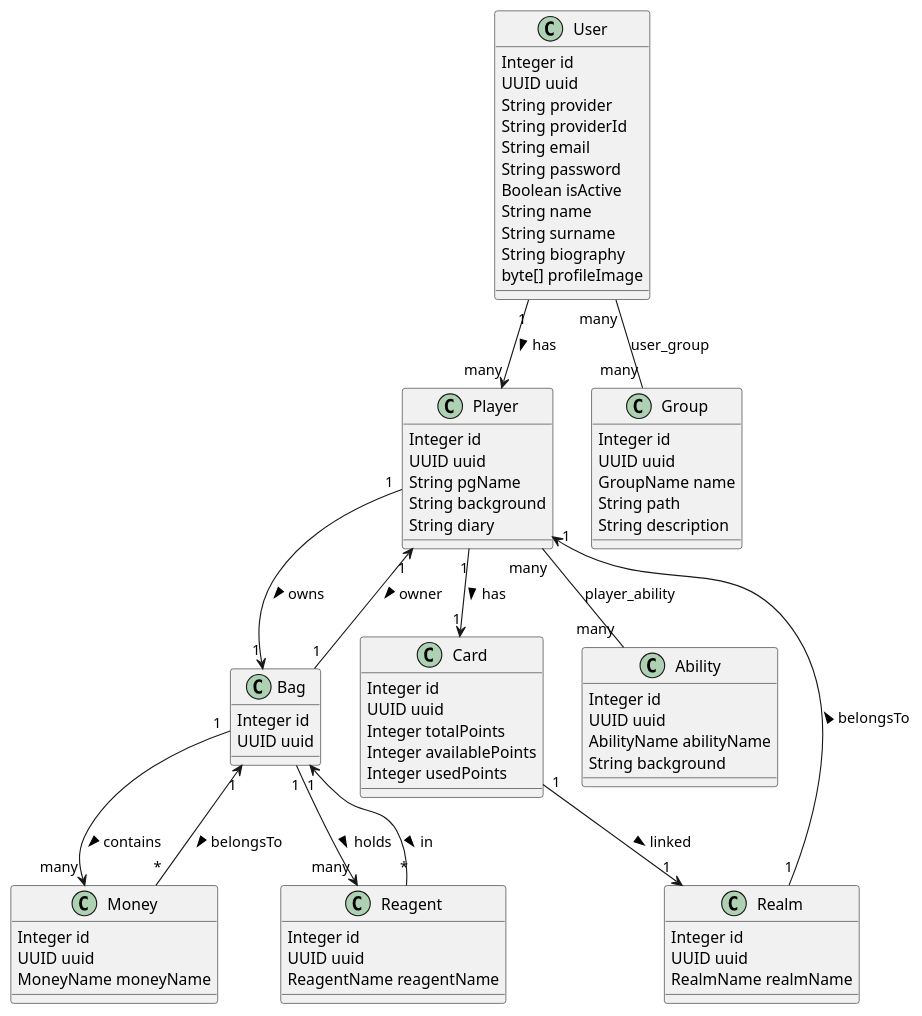
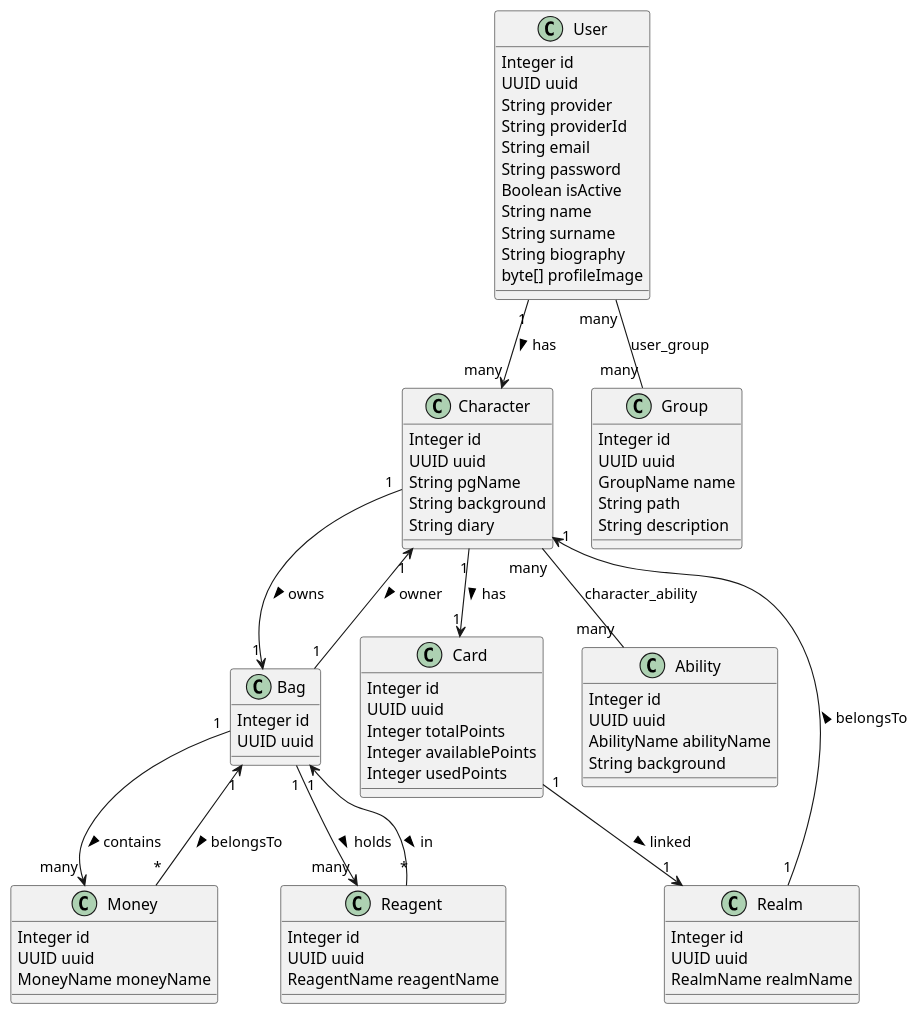
One commit to Tonio-D-San/UserAuthBe changed the diagram in puml/models.puml. Above: the diagram before and after it, drawn with PlantUML. The commit also changed 23 other files, not shown here.

First line of the commit message:
Rename "Player" to "Character" across the codebase.

```diff
--- a/puml/models.puml
+++ b/puml/models.puml
@@ -1,114 +1,114 @@
 @startuml
 ' ==========================
 ' MODELS
 ' ==========================
 
-class Player {
+class Character {
   Integer id
   UUID uuid
   String pgName
   String background
   String diary
 }
 
 class Bag {
   Integer id
   UUID uuid
 }
 
 class Money {
   Integer id
   UUID uuid
   MoneyName moneyName
 }
 
 class Realm {
   Integer id
   UUID uuid
   RealmName realmName
 }
 
 class Card {
   Integer id
   UUID uuid
   Integer totalPoints
   Integer availablePoints
   Integer usedPoints
 }
 
 class Ability {
   Integer id
   UUID uuid
   AbilityName abilityName
   String background
 }
 
 class Reagent {
   Integer id
   UUID uuid
   ReagentName reagentName
 }
 
 class User {
   Integer id
   UUID uuid
   String provider
   String providerId
   String email
   String password
   Boolean isActive
   String name
   String surname
   String biography
   byte[] profileImage
 }
 
 class Group {
   Integer id
   UUID uuid
   GroupName name
   String path
   String description
 }
 
 ' ==========================
 ' RELAZIONI
 ' ==========================
 
-' --- User ↔ Player ---
-User "1" --> "many" Player : has >
+' --- User ↔ Character ---
+User "1" --> "many" Character : has >
 
-' --- Player ↔ Card ---
-Player "1" --> "1" Card : has >
+' --- Character ↔ Card ---
+Character "1" --> "1" Card : has >
 
-' --- Player ↔ Bag ---
-Player "1" --> "1" Bag : owns >
+' --- Character ↔ Bag ---
+Character "1" --> "1" Bag : owns >
 
-' --- Bag ↔ Player ---
-Bag "1" --> "1" Player : owner <
+' --- Bag ↔ Character ---
+Bag "1" --> "1" Character : owner <
 
-' --- Player ↔ PlayerAbilities (many-to-many) ---
-Player "many" -- "many" Ability : player_ability
+' --- Character ↔ CharacterAbilities (many-to-many) ---
+Character "many" -- "many" Ability : character_ability
 
 ' --- Bag ↔ Money (one-to-many) ---
 Bag "1" --> "many" Money : contains >
 
 ' --- Money ↔ Bag ---
 Money "*" --> "1" Bag : belongsTo <
 
 ' --- Bag ↔ Reagent (one-to-many) ---
 Bag "1" --> "many" Reagent : holds >
 
 ' --- Reagent ↔ Bag ---
 Reagent "*" --> "1" Bag : in <
 
 ' --- Card ↔ Realm (one-to-one) ---
 Card "1" --> "1" Realm : linked >
 
-' --- Realm ↔ Player (one-to-one) ---
-Realm "1" --> "1" Player : belongsTo >
+' --- Realm ↔ Character (one-to-one) ---
+Realm "1" --> "1" Character : belongsTo >
 
 ' --- User ↔ Group (many-to-many) ---
 User "many" -- "many" Group : user_group
 
 @enduml
```
